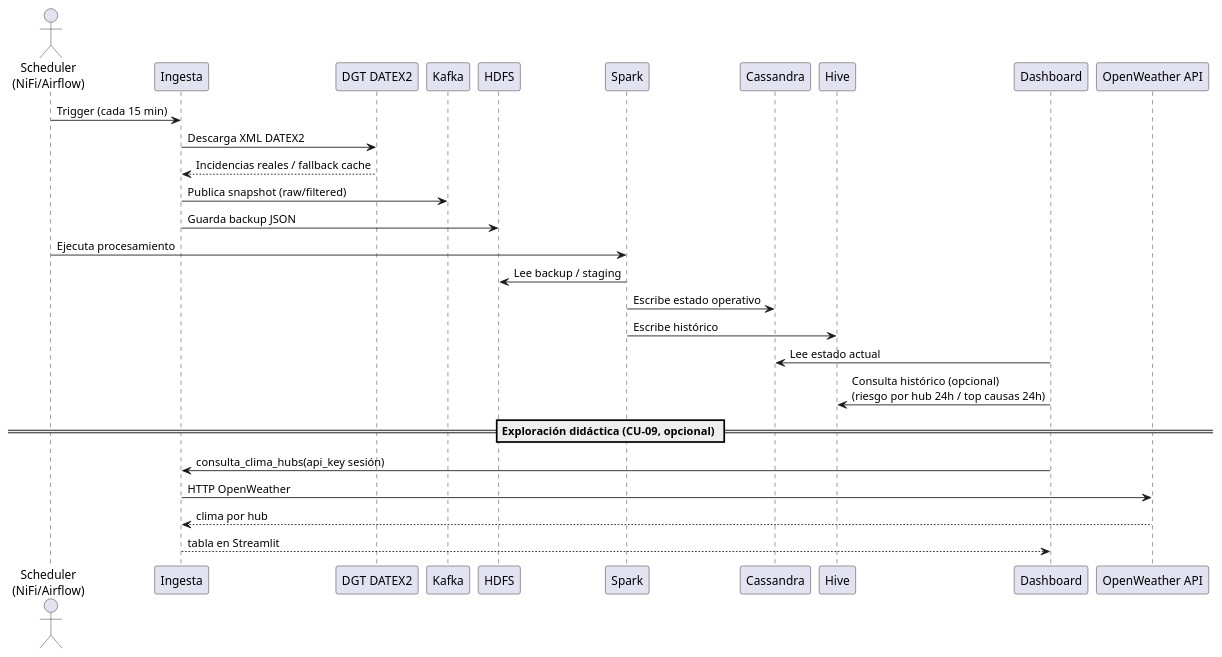
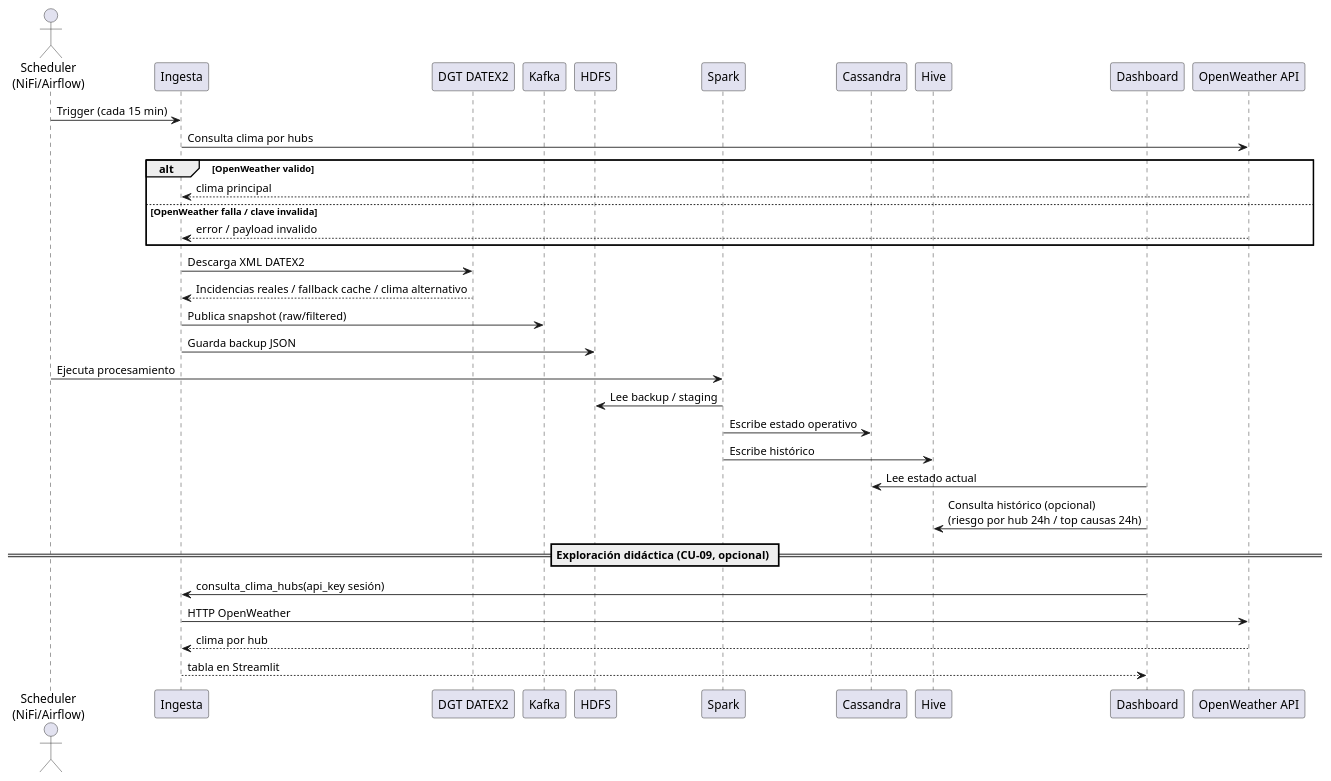
One commit to gracobjo/proyecto_transporte_global_standalone changed the diagram in docs/uml/secuencia_kdd_15min.puml. Above: the diagram before and after it, drawn with PlantUML. The commit also changed 47 other files, not shown here.

```diff
--- a/docs/uml/secuencia_kdd_15min.puml
+++ b/docs/uml/secuencia_kdd_15min.puml
@@ -1,31 +1,37 @@
 @startuml
 actor "Scheduler\n(NiFi/Airflow)" as SCH
 participant "Ingesta" as ING
 participant "DGT DATEX2" as DGT
 participant "Kafka" as K
 participant "HDFS" as H
 participant "Spark" as S
 participant "Cassandra" as C
 participant "Hive" as HV
 participant "Dashboard" as UI
 participant "OpenWeather API" as OWM
 
 SCH -> ING: Trigger (cada 15 min)
+ING -> OWM: Consulta clima por hubs
+alt OpenWeather valido
+  OWM --> ING: clima principal
+else OpenWeather falla / clave invalida
+  OWM --> ING: error / payload invalido
+end
 ING -> DGT: Descarga XML DATEX2
-DGT --> ING: Incidencias reales / fallback cache
+DGT --> ING: Incidencias reales / fallback cache / clima alternativo
 ING -> K: Publica snapshot (raw/filtered)
 ING -> H: Guarda backup JSON
 SCH -> S: Ejecuta procesamiento
 S -> H: Lee backup / staging
 S -> C: Escribe estado operativo
 S -> HV: Escribe histórico
 UI -> C: Lee estado actual
 UI -> HV: Consulta histórico (opcional)\n(riesgo por hub 24h / top causas 24h)
 
 == Exploración didáctica (CU-09, opcional) ==
 UI -> ING: consulta_clima_hubs(api_key sesión)
 ING -> OWM: HTTP OpenWeather
 OWM --> ING: clima por hub
 ING --> UI: tabla en Streamlit
 
 @enduml
```
